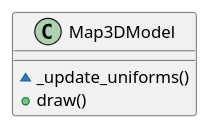
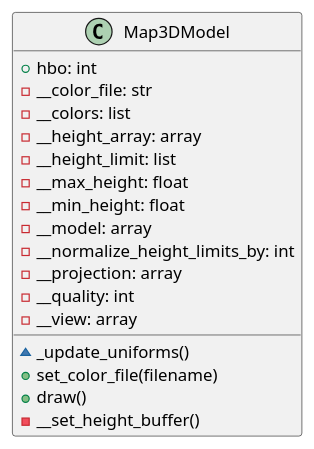
One commit to ferpoble2/Relief_Creator changed the diagram in docs/classes/Map3DModel.puml. Above: the diagram before and after it, drawn with PlantUML. The commit also changed 1 other file, not shown here.

Commit message:
Added methods to the map3dmodel to render the model.

```diff
--- a/docs/classes/Map3DModel.puml
+++ b/docs/classes/Map3DModel.puml
@@ -1,6 +1,22 @@
 @startuml
 class Map3DModel {
+    + hbo: int
+    - __color_file: str
+    - __colors: list
+    - __height_array: array
+    - __height_limit: list
+    - __max_height: float
+    - __min_height: float
+    - __model: array
+    - __normalize_height_limits_by: int
+    - __projection: array
+    - __quality: int
+    - __view: array
+
     ~ _update_uniforms()
+    + set_color_file(filename)
     + draw()
+    - __set_height_buffer()
+
 }
 @enduml
```
